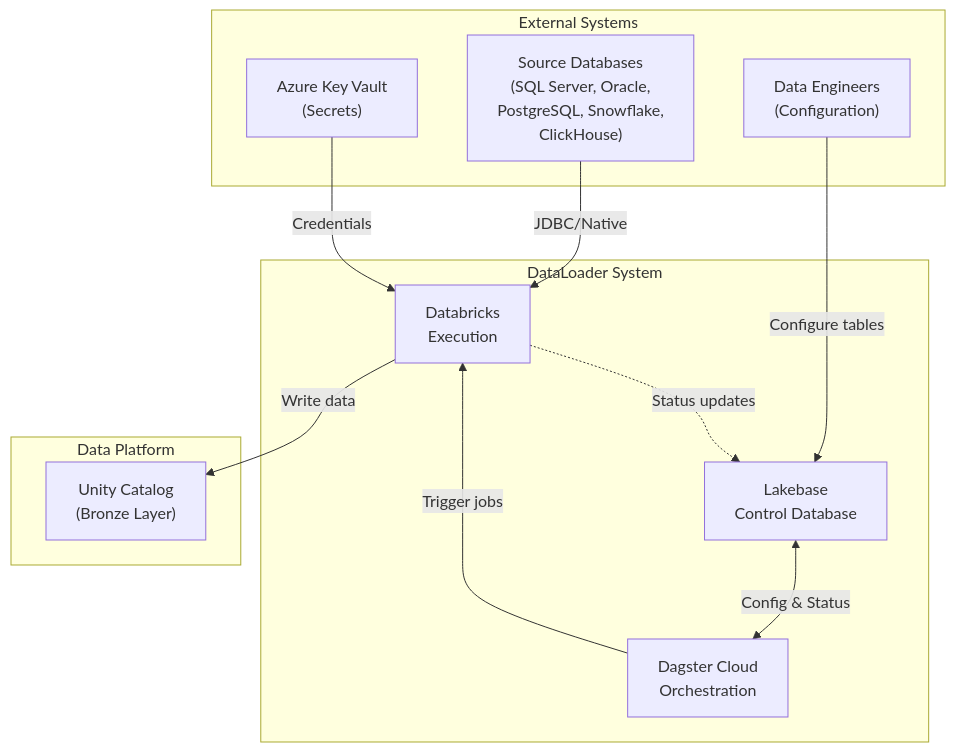
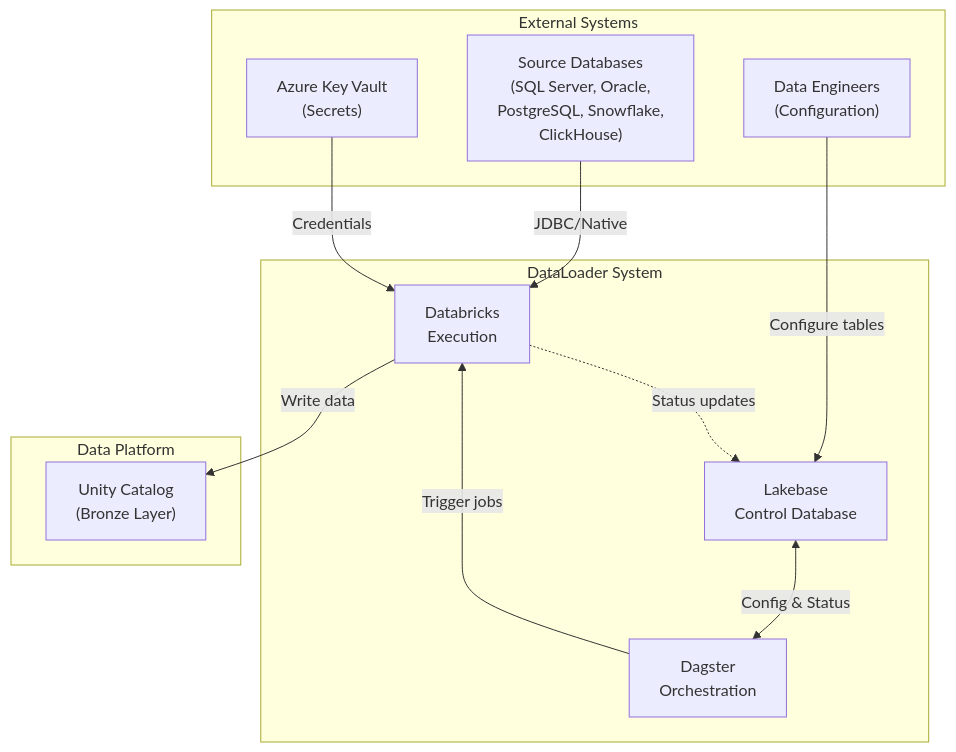
One commit to DakotaDataEng/dataloader-docs changed the first of 7 diagrams in diagrams/02-architecture.md. Above: the diagram before and after it, drawn with Mermaid. The commit also changed other lines of this file, not shown here.

Commit message:
Update Dagster Cloud to Dagster in architecture diagrams

````diff
--- a/diagrams/02-architecture.md
+++ b/diagrams/02-architecture.md
@@ -11,26 +11,26 @@
 ```mermaid
 flowchart TB
     subgraph External["External Systems"]
         Sources["Source Databases<br/>(SQL Server, Oracle,<br/>PostgreSQL, Snowflake,<br/>ClickHouse)"]
         KeyVault["Azure Key Vault<br/>(Secrets)"]
         Users["Data Engineers<br/>(Configuration)"]
     end
 
     subgraph DataLoader["DataLoader System"]
         Lakebase["Lakebase<br/>Control Database"]
-        Dagster["Dagster Cloud<br/>Orchestration"]
+        Dagster["Dagster<br/>Orchestration"]
         Databricks["Databricks<br/>Execution"]
     end
 
     subgraph Destination["Data Platform"]
         Unity["Unity Catalog<br/>(Bronze Layer)"]
     end
 
     Users -->|Configure tables| Lakebase
     Lakebase <-->|Config & Status| Dagster
     Dagster -->|Trigger jobs| Databricks
     Sources -->|JDBC/Native| Databricks
     KeyVault -->|Credentials| Databricks
     Databricks -->|Write data| Unity
     Databricks -.->|Status updates| Lakebase
 ```
````
